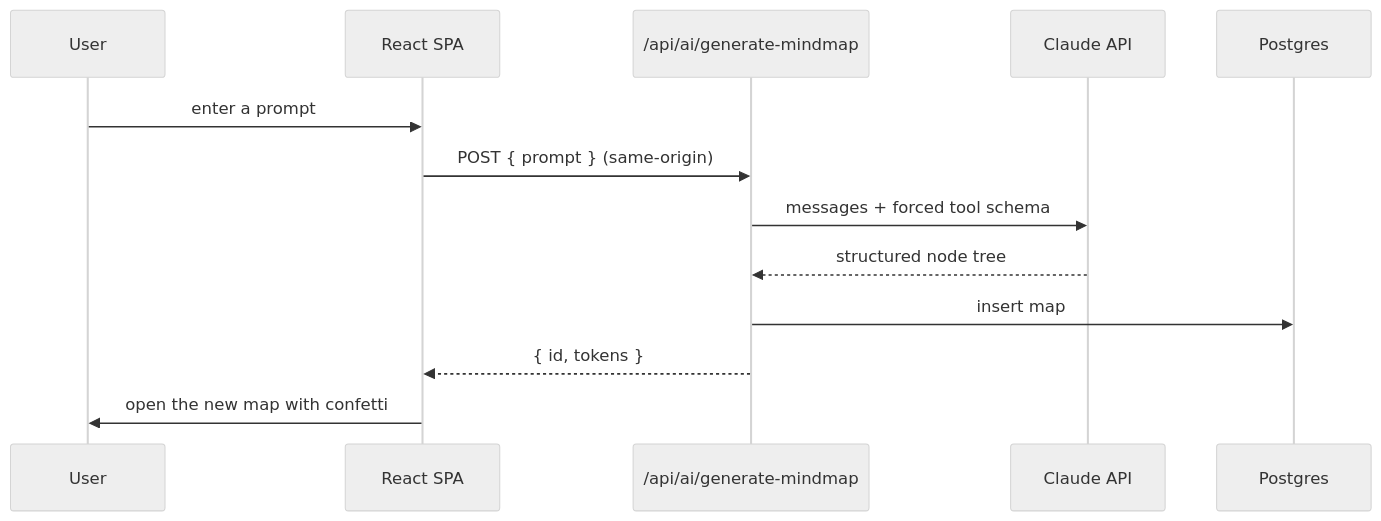
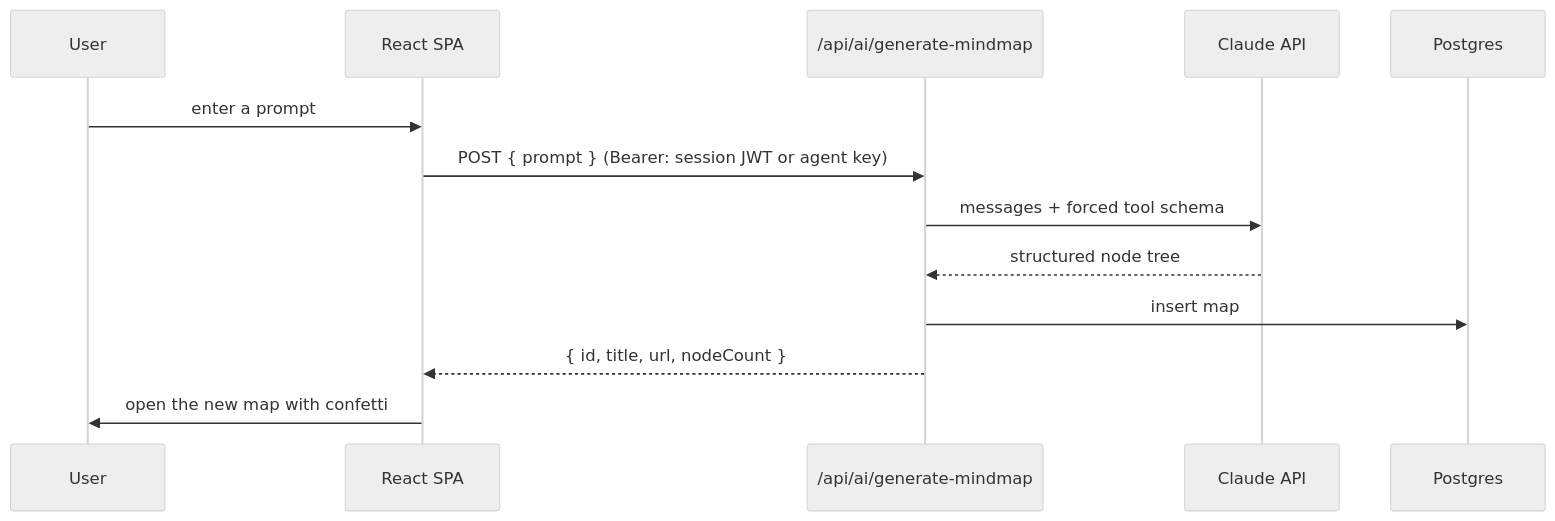
The second of 2 diagrams in README.md (bunlongheng/mindmaps), drawn with Mermaid (neutral theme) before and after one commit. The commit also changed other lines of this file and 6 other files, not shown here.

````diff
--- a/README.md
+++ b/README.md
@@ -63,15 +63,15 @@
 ```mermaid
 sequenceDiagram
     participant U as User
     participant C as React SPA
     participant F as /api/ai/generate-mindmap
     participant A as Claude API
     participant DB as Postgres
     U->>C: enter a prompt
-    C->>F: POST { prompt } (same-origin)
+    C->>F: POST { prompt } (Bearer: session JWT or agent key)
     F->>A: messages + forced tool schema
     A-->>F: structured node tree
     F->>DB: insert map
-    F-->>C: { id, tokens }
+    F-->>C: { id, title, url, nodeCount }
     C->>U: open the new map with confetti
 ```
````
